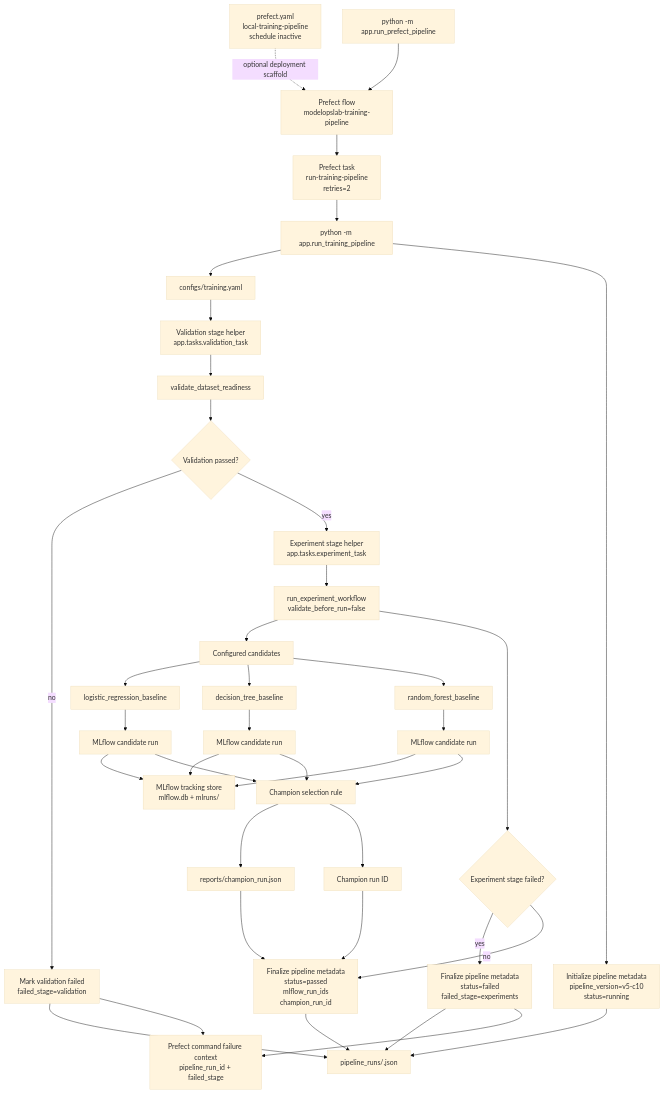
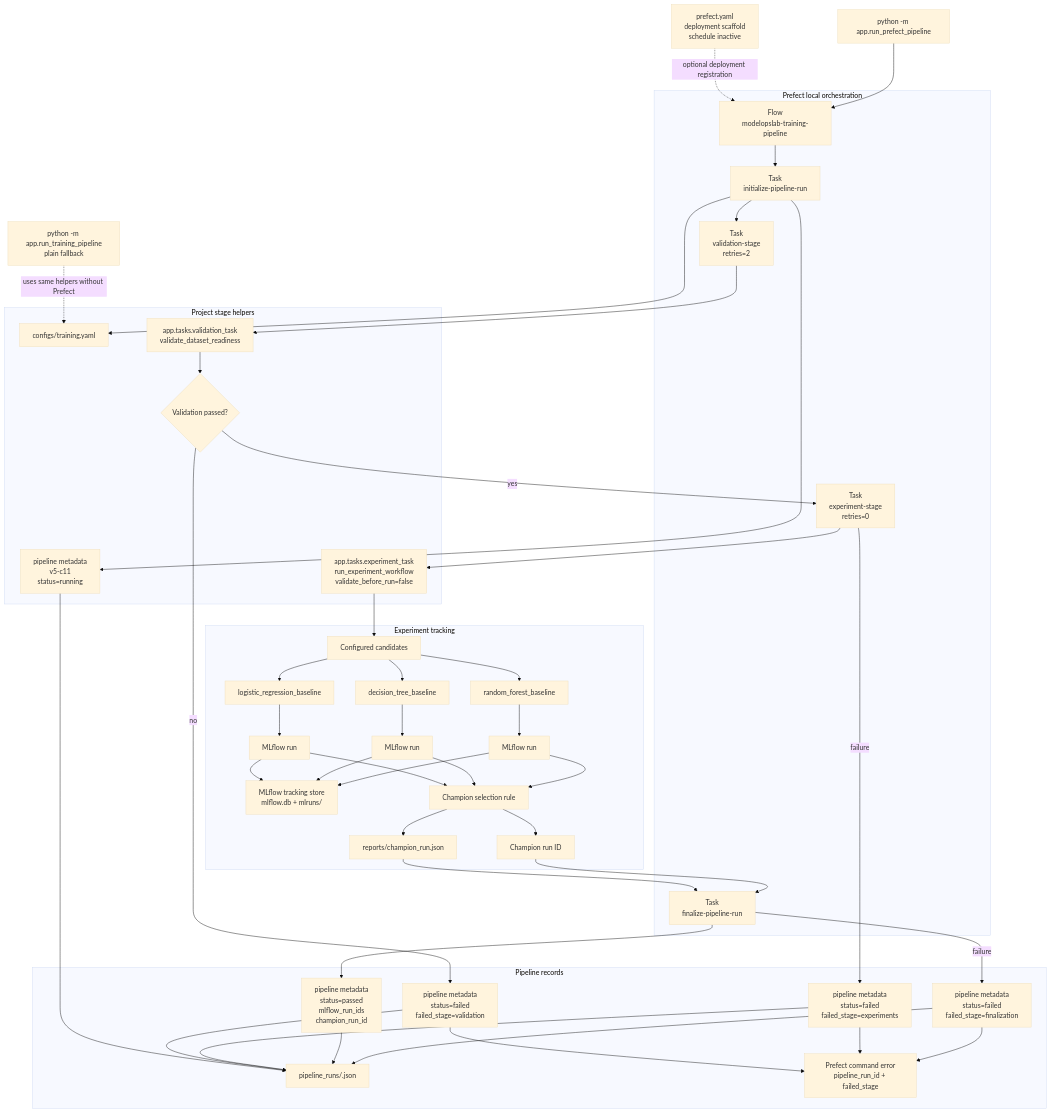
The diagram in docs/diagrams/v5_training_pipeline_flow.md (git4alauddin/model-ops-lab), drawn with Mermaid (base theme) before and after one commit. The commit also changed other lines of this file and 15 other files, not shown here.

Commit message:
v5-c11: split Prefect flow into stage tasks

````diff
--- a/docs/diagrams/v5_training_pipeline_flow.md
+++ b/docs/diagrams/v5_training_pipeline_flow.md
@@ -7,57 +7,68 @@
 ```mermaid
 flowchart TD
     prefect_cmd["python -m app.run_prefect_pipeline"]
-    prefect_yaml["prefect.yaml<br/>local-training-pipeline<br/>schedule inactive"]
-    prefect_flow["Prefect flow<br/>modelopslab-training-pipeline"]
-    prefect_task["Prefect task<br/>run-training-pipeline<br/>retries=2"]
-    pipeline_cmd["python -m app.run_training_pipeline"]
-    config["configs/training.yaml"]
-    metadata_start["Initialize pipeline metadata<br/>pipeline_version=v5-c10<br/>status=running"]
-    validation["Validation stage helper<br/>app.tasks.validation_task"]
-    validation_runner["validate_dataset_readiness"]
-    validation_gate{"Validation passed?"}
-    validation_failed["Mark validation failed<br/>failed_stage=validation"]
+    fallback_cmd["python -m app.run_training_pipeline<br/>plain fallback"]
+    prefect_yaml["prefect.yaml<br/>deployment scaffold<br/>schedule inactive"]
 
-    experiment_task["Experiment stage helper<br/>app.tasks.experiment_task"]
-    experiment_workflow["run_experiment_workflow<br/>validate_before_run=false"]
-    candidates["Configured candidates"]
-    logreg["logistic_regression_baseline"]
-    tree["decision_tree_baseline"]
-    forest["random_forest_baseline"]
+    subgraph prefect_layer["Prefect local orchestration"]
+        prefect_flow["Flow<br/>modelopslab-training-pipeline"]
+        init_task["Task<br/>initialize-pipeline-run"]
+        validation_task["Task<br/>validation-stage<br/>retries=2"]
+        experiment_task["Task<br/>experiment-stage<br/>retries=0"]
+        finalize_task["Task<br/>finalize-pipeline-run"]
+    end
 
-    run_a["MLflow candidate run"]
-    run_b["MLflow candidate run"]
-    run_c["MLflow candidate run"]
-    mlflow["MLflow tracking store<br/>mlflow.db + mlruns/"]
+    subgraph project_stage_helpers["Project stage helpers"]
+        config["configs/training.yaml"]
+        metadata_running["pipeline metadata<br/>v5-c11<br/>status=running"]
+        validation_helper["app.tasks.validation_task<br/>validate_dataset_readiness"]
+        validation_gate{"Validation passed?"}
+        experiment_helper["app.tasks.experiment_task<br/>run_experiment_workflow<br/>validate_before_run=false"]
+    end
 
-    selection["Champion selection rule"]
-    champion_report["reports/champion_run.json"]
-    champion["Champion run ID"]
-    metadata_passed["Finalize pipeline metadata<br/>status=passed<br/>mlflow_run_ids<br/>champion_run_id"]
-    metadata_failed["Finalize pipeline metadata<br/>status=failed<br/>failed_stage=experiments"]
-    failure_context["Prefect command failure context<br/>pipeline_run_id + failed_stage"]
-    pipeline_output["pipeline_runs/<pipeline_run_id>.json"]
+    subgraph experiment_tracking["Experiment tracking"]
+        candidates["Configured candidates"]
+        logreg["logistic_regression_baseline"]
+        tree["decision_tree_baseline"]
+        forest["random_forest_baseline"]
+        run_a["MLflow run"]
+        run_b["MLflow run"]
+        run_c["MLflow run"]
+        mlflow["MLflow tracking store<br/>mlflow.db + mlruns/"]
+        selection["Champion selection rule"]
+        champion_report["reports/champion_run.json"]
+        champion["Champion run ID"]
+    end
 
-    experiment_failed{"Experiment stage failed?"}
+    subgraph pipeline_records["Pipeline records"]
+        metadata_passed["pipeline metadata<br/>status=passed<br/>mlflow_run_ids<br/>champion_run_id"]
+        metadata_failed_validation["pipeline metadata<br/>status=failed<br/>failed_stage=validation"]
+        metadata_failed_experiments["pipeline metadata<br/>status=failed<br/>failed_stage=experiments"]
+        metadata_failed_finalization["pipeline metadata<br/>status=failed<br/>failed_stage=finalization"]
+        pipeline_output["pipeline_runs/<pipeline_run_id>.json"]
+        failure_context["Prefect command error<br/>pipeline_run_id + failed_stage"]
+    end
 
-    prefect_yaml -. optional deployment scaffold .-> prefect_flow
+    prefect_yaml -. optional deployment registration .-> prefect_flow
     prefect_cmd --> prefect_flow
-    prefect_flow --> prefect_task
-    prefect_task --> pipeline_cmd
+    fallback_cmd -. uses same helpers without Prefect .-> config
 
-    pipeline_cmd --> config
-    pipeline_cmd --> metadata_start
-    metadata_start --> pipeline_output
-    config --> validation
-    validation --> validation_runner
-    validation_runner --> validation_gate
+    prefect_flow --> init_task
+    init_task --> config
+    init_task --> metadata_running
+    metadata_running --> pipeline_output
 
-    validation_gate -- no --> validation_failed
-    validation_failed --> pipeline_output
+    init_task --> validation_task
+    validation_task --> validation_helper
+    validation_helper --> validation_gate
+
+    validation_gate -- no --> metadata_failed_validation
+    metadata_failed_validation --> pipeline_output
+    metadata_failed_validation --> failure_context
 
     validation_gate -- yes --> experiment_task
-    experiment_task --> experiment_workflow
-    experiment_workflow --> candidates
+    experiment_task --> experiment_helper
+    experiment_helper --> candidates
     candidates --> logreg
     candidates --> tree
     candidates --> forest
@@ -76,14 +87,16 @@
     selection --> champion_report
     selection --> champion
 
-    experiment_workflow --> experiment_failed
-    experiment_failed -- yes --> metadata_failed
-    metadata_failed --> pipeline_output
-    metadata_failed --> failure_context
-    validation_failed --> failure_context
+    experiment_task -- failure --> metadata_failed_experiments
+    metadata_failed_experiments --> pipeline_output
+    metadata_failed_experiments --> failure_context
 
-    experiment_failed -- no --> metadata_passed
-    champion_report --> metadata_passed
-    champion --> metadata_passed
+    champion_report --> finalize_task
+    champion --> finalize_task
+    finalize_task --> metadata_passed
     metadata_passed --> pipeline_output
+
+    finalize_task -- failure --> metadata_failed_finalization
+    metadata_failed_finalization --> pipeline_output
+    metadata_failed_finalization --> failure_context
 ```
````
